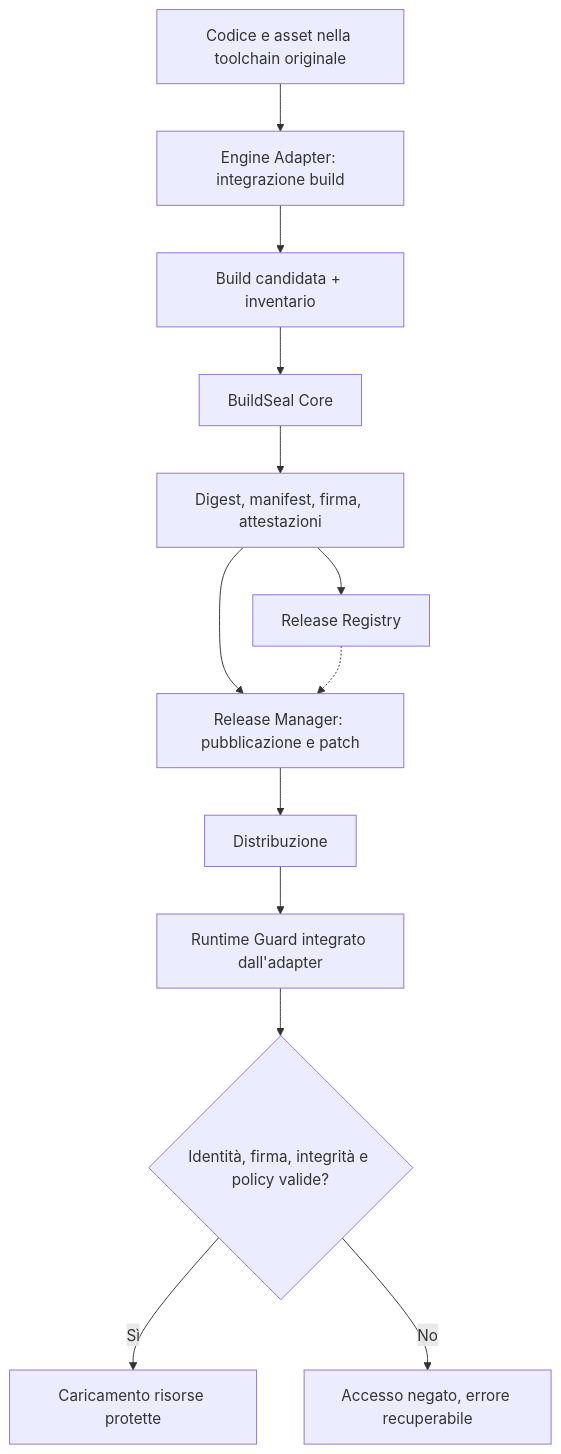
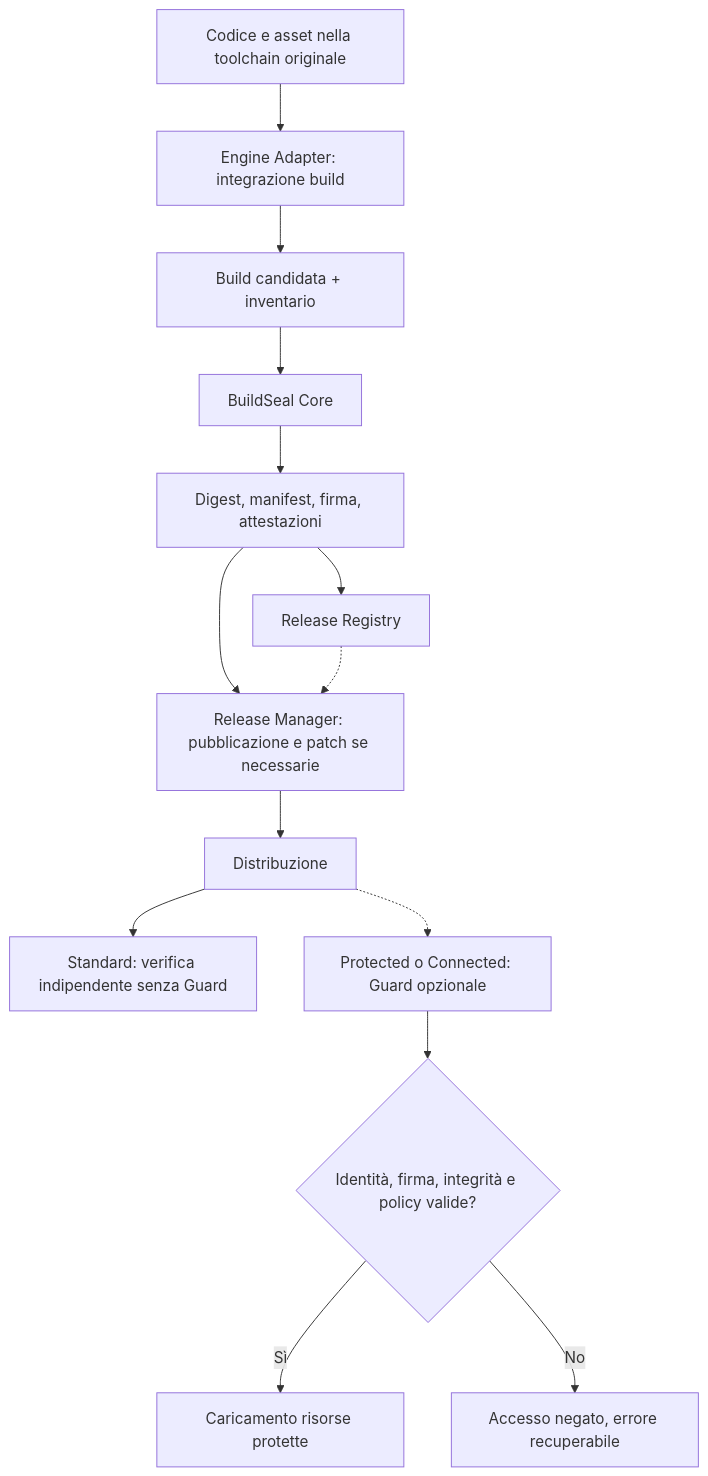
One commit to GVibeDev/Buildseal changed the diagram in BuildSeal_Report_IT.md. Above: the diagram before and after it, drawn with Mermaid. The commit also changed other lines of this file and 3 other files, not shown here.

````diff
--- a/BuildSeal_Report_IT.md
+++ b/BuildSeal_Report_IT.md
@@ -57,15 +57,16 @@
 ```mermaid
 flowchart TD
     A[Codice e asset nella toolchain originale] --> B[Engine Adapter: integrazione build]
     B --> C[Build candidata + inventario]
     C --> D[BuildSeal Core]
     D --> E[Digest, manifest, firma, attestazioni]
     E --> F[Release Registry]
-    E --> G[Release Manager: pubblicazione e patch]
+    E --> G[Release Manager: pubblicazione e patch se necessarie]
     G --> H[Distribuzione]
-    H --> I[Runtime Guard integrato dall'adapter]
+    H --> S["Standard: verifica indipendente senza Guard"]
+    H -.-> I["Protected o Connected: Guard opzionale"]
     I --> J{Identità, firma, integrità e policy valide?}
     J -->|Sì| K[Caricamento risorse protette]
     J -->|No| L[Accesso negato, errore recuperabile]
     F -.-> G
 ```
````
